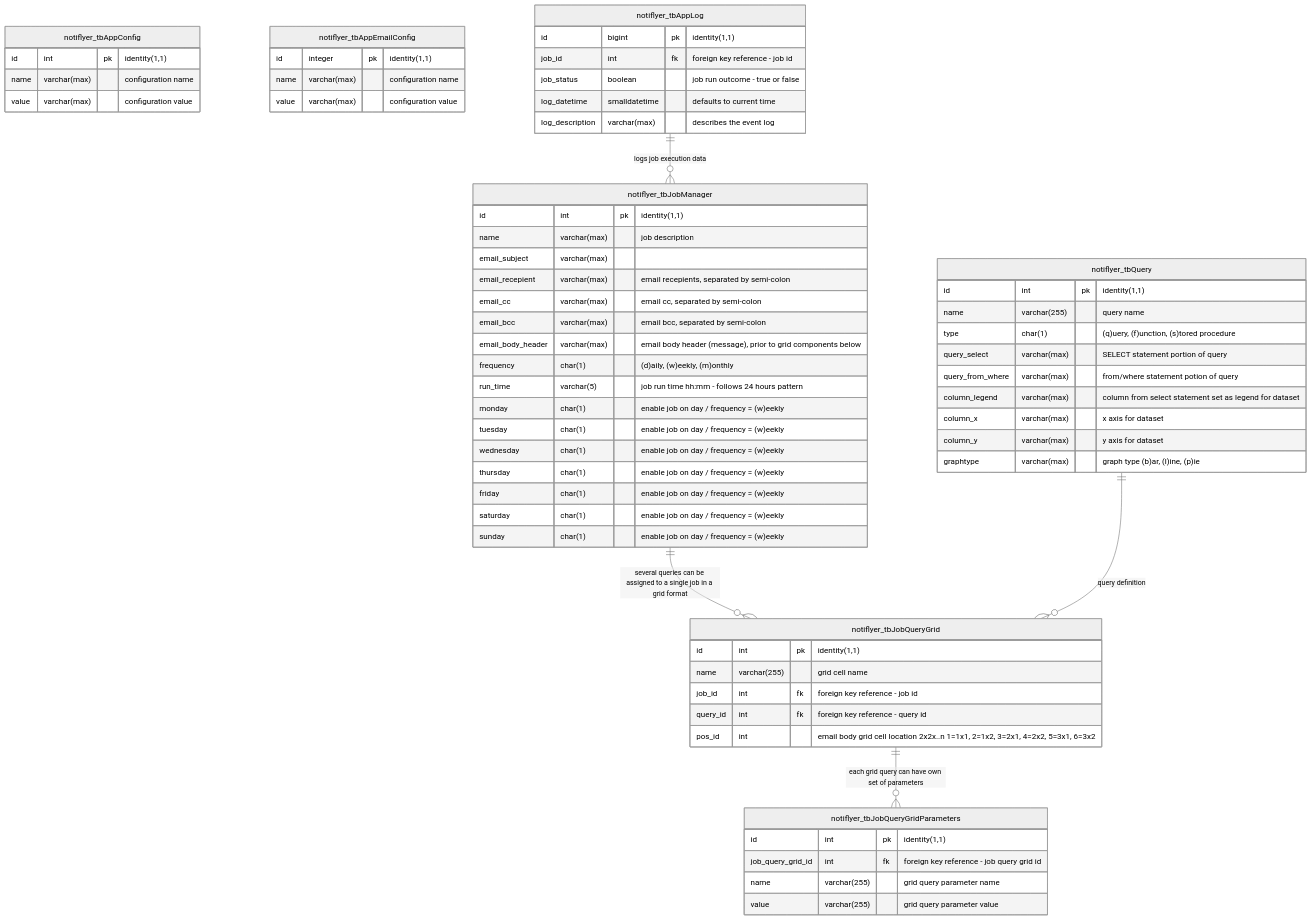
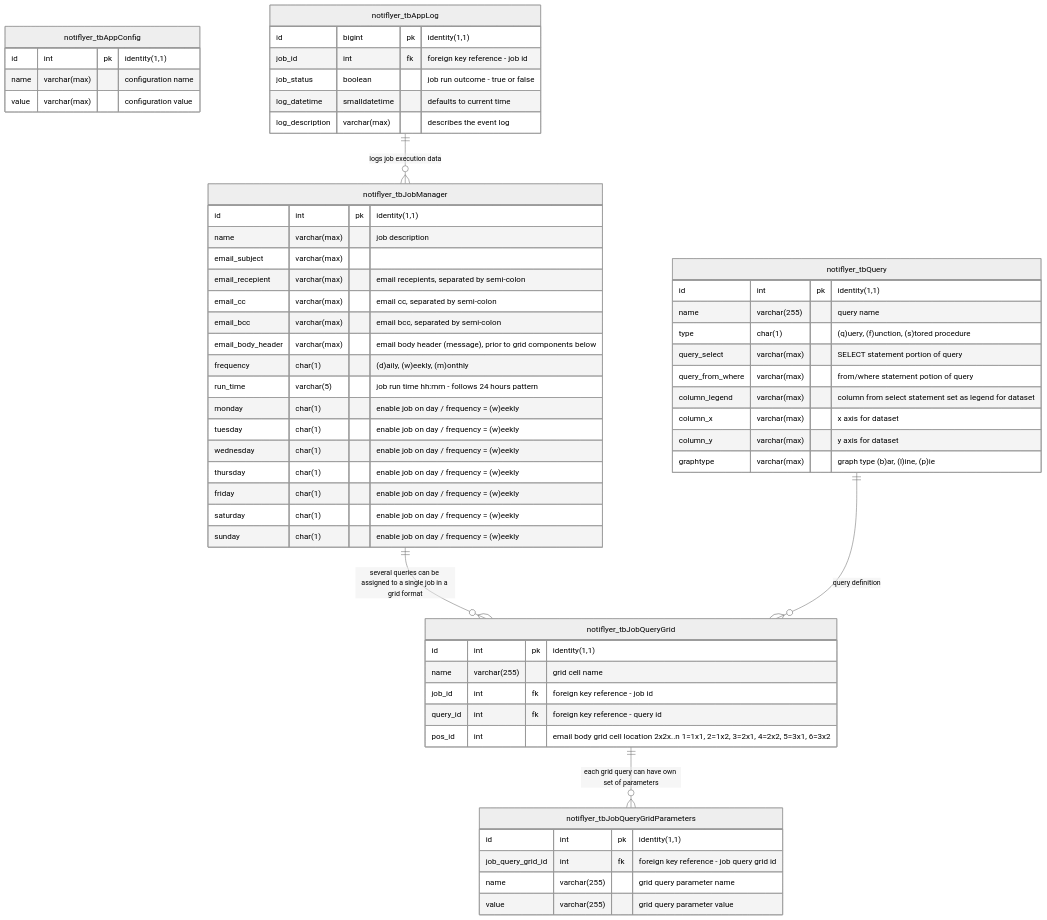
One commit to cleancoda/notiflyer changed the diagram in documentation/mssql/README.md. Above: the diagram before and after it, drawn with Mermaid (neutral theme). The commit also changed other lines of this file, not shown here.

Commit message:
removed notiflyer_tbAppEmailConfig;

````diff
--- a/documentation/mssql/README.md
+++ b/documentation/mssql/README.md
@@ -24,76 +27,70 @@
 ```mermaid
 erDiagram
-    
+
 
     notiflyer_tbJobManager {
         id int pk "identity(1,1)"
         name varchar(max) "job description"
         email_subject varchar(max)
         email_recepient varchar(max) "email recepients, separated by semi-colon"
         email_cc varchar(max) "email cc, separated by semi-colon"
         email_bcc varchar(max) "email bcc, separated by semi-colon"
 		email_body_header varchar(max) "email body header (message), prior to grid components below"
         frequency char(1) "(d)aily, (w)eekly, (m)onthly"
 		run_time varchar(5) "job run time hh:mm - follows 24 hours pattern"
 		monday char(1) "enable job on day / frequency = (w)eekly"
 		tuesday char(1) "enable job on day / frequency = (w)eekly"
 		wednesday char(1) "enable job on day / frequency = (w)eekly"
 		thursday char(1) "enable job on day / frequency = (w)eekly"
 		friday char(1) "enable job on day / frequency = (w)eekly"
 		saturday char(1) "enable job on day / frequency = (w)eekly"
 		sunday char(1) "enable job on day / frequency = (w)eekly"
     }
 
     notiflyer_tbQuery {
         id int pk "identity(1,1)"
         name varchar(255) "query name"
 		type char(1) "(q)uery, (f)unction, (s)tored procedure"
 		query_select varchar(max) "SELECT statement portion of query"
 		query_from_where varchar(max) "from/where statement potion of query"
 		column_legend varchar(max) "column from select statement set as legend for dataset"
 		column_x varchar(max) "x axis for dataset"
 		column_y varchar(max) "y axis for dataset"
 		graphtype varchar(max) "graph type (b)ar, (l)ine, (p)ie"
     }
 
     notiflyer_tbJobQueryGrid {
 		id int pk "identity(1,1)"
 		name varchar(255) "grid cell name"
 		job_id int fk "foreign key reference - job id"
 		query_id int fk "foreign key reference - query id"
 		pos_id int "email body grid cell location 2x2x..n 1=1x1, 2=1x2, 3=2x1, 4=2x2, 5=3x1, 6=3x2"
     }
 
     notiflyer_tbJobQueryGridParameters {
         id int pk "identity(1,1)"
 		job_query_grid_id int fk "foreign key reference - job query grid id"
 		name varchar(255) "grid query parameter name"
 		value varchar(255) "grid query parameter value"
     }
 
     notiflyer_tbAppConfig {
         id int pk "identity(1,1)"
         name varchar(max) "configuration name"
 		value varchar(max) "configuration value"
     }
 
-    notiflyer_tbAppEmailConfig {
-        id integer pk "identity(1,1)"
-		name varchar(max) "configuration name"
-		value varchar(max) "configuration value"
-    }
-
     notiflyer_tbAppLog {
         id bigint pk "identity(1,1)"
 		job_id int fk "foreign key reference - job id"
         job_status boolean "job run outcome - true or false"
 		log_datetime smalldatetime "defaults to current time"
 		log_description varchar(max) "describes the event log"
     }
 
     notiflyer_tbJobManager ||--o{ notiflyer_tbJobQueryGrid : "several queries can be assigned to a single job in a grid format"
     notiflyer_tbJobQueryGrid ||--o{ notiflyer_tbJobQueryGridParameters : "each grid query can have own set of parameters"
     notiflyer_tbQuery ||--o{ notiflyer_tbJobQueryGrid : "query definition"
 
     notiflyer_tbAppLog ||--o{ notiflyer_tbJobManager : "logs job execution data"
 ```
````
